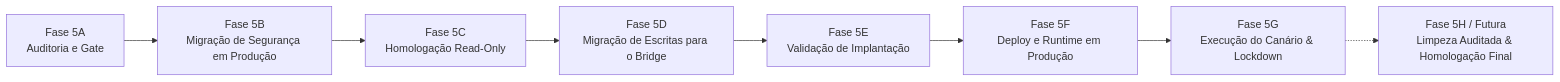
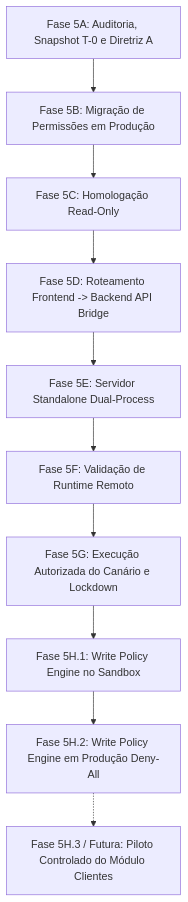
The diagram in CONTEXT_CHECKPOINT.md (Lucasnlucca/CRMiris), drawn with Mermaid before and after one commit. The commit also changed other lines of this file, not shown here.

````diff
--- a/CONTEXT_CHECKPOINT.md
+++ b/CONTEXT_CHECKPOINT.md
@@ -18,10 +19,12 @@
 ```mermaid
-flowchart LR
-    F5A[Fase 5A\nAuditoria e Gate] --> F5B[Fase 5B\nMigração de Segurança em Produção]
-    F5B --> F5C[Fase 5C\nHomologação Read-Only]
-    F5C --> F5D[Fase 5D\nMigração de Escritas para o Bridge]
-    F5D --> F5E[Fase 5E\nValidação de Implantação]
-    F5E --> F5F[Fase 5F\nDeploy e Runtime em Produção]
-    F5F --> F5G[Fase 5G\nExecução do Canário & Lockdown]
-    F5G -.-> F5H[Fase 5H / Futura\nLimpeza Auditada & Homologação Final]
+flowchart TD
+    F5A[Fase 5A: Auditoria, Snapshot T-0 e Diretriz A] --> F5B[Fase 5B: Migração de Permissões em Produção]
+    F5B --> F5C[Fase 5C: Homologação Read-Only]
+    F5C --> F5D[Fase 5D: Roteamento Frontend -> Backend API Bridge]
+    F5D --> F5E[Fase 5E: Servidor Standalone Dual-Process]
+    F5E --> F5F[Fase 5F: Validação de Runtime Remoto]
+    F5F --> F5G[Fase 5G: Execução Autorizada do Canário e Lockdown]
+    F5G --> F5H1[Fase 5H.1: Write Policy Engine no Sandbox]
+    F5H1 --> F5H2[Fase 5H.2: Write Policy Engine em Produção Deny-All]
+    F5H2 -.-> F5H3[Fase 5H.3 / Futura: Piloto Controlado do Módulo Clientes]
 ```
````
